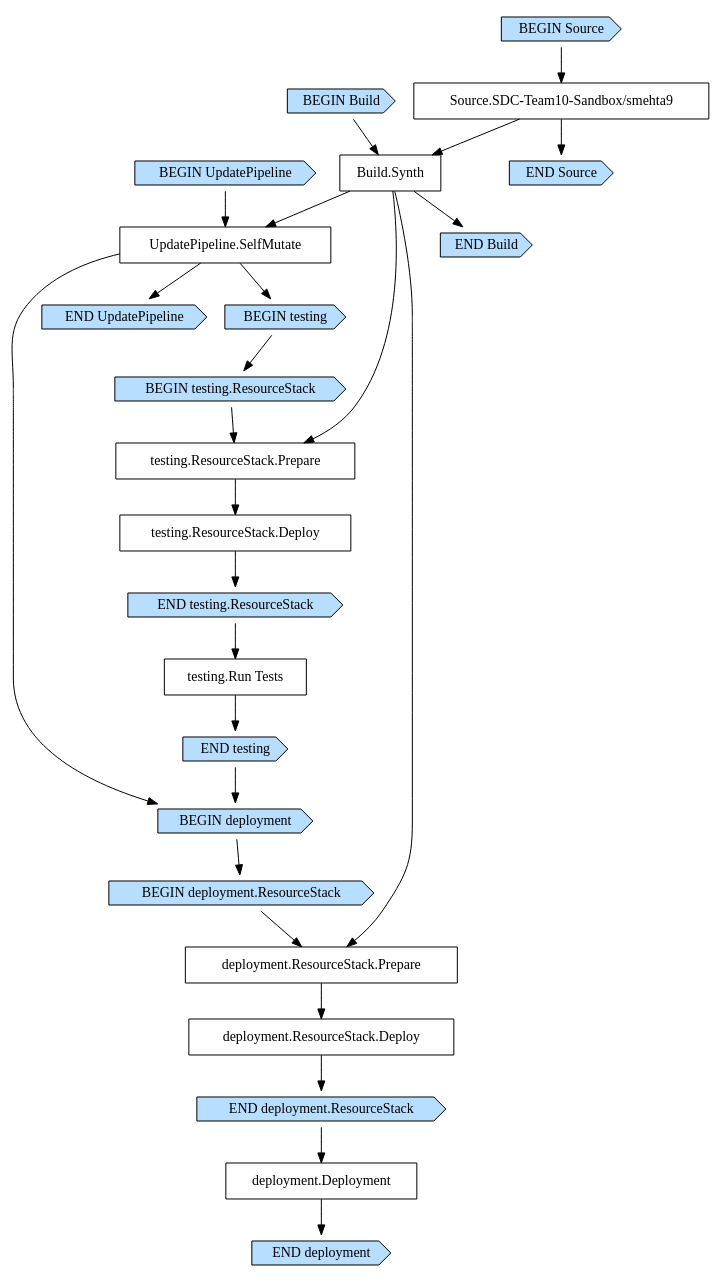
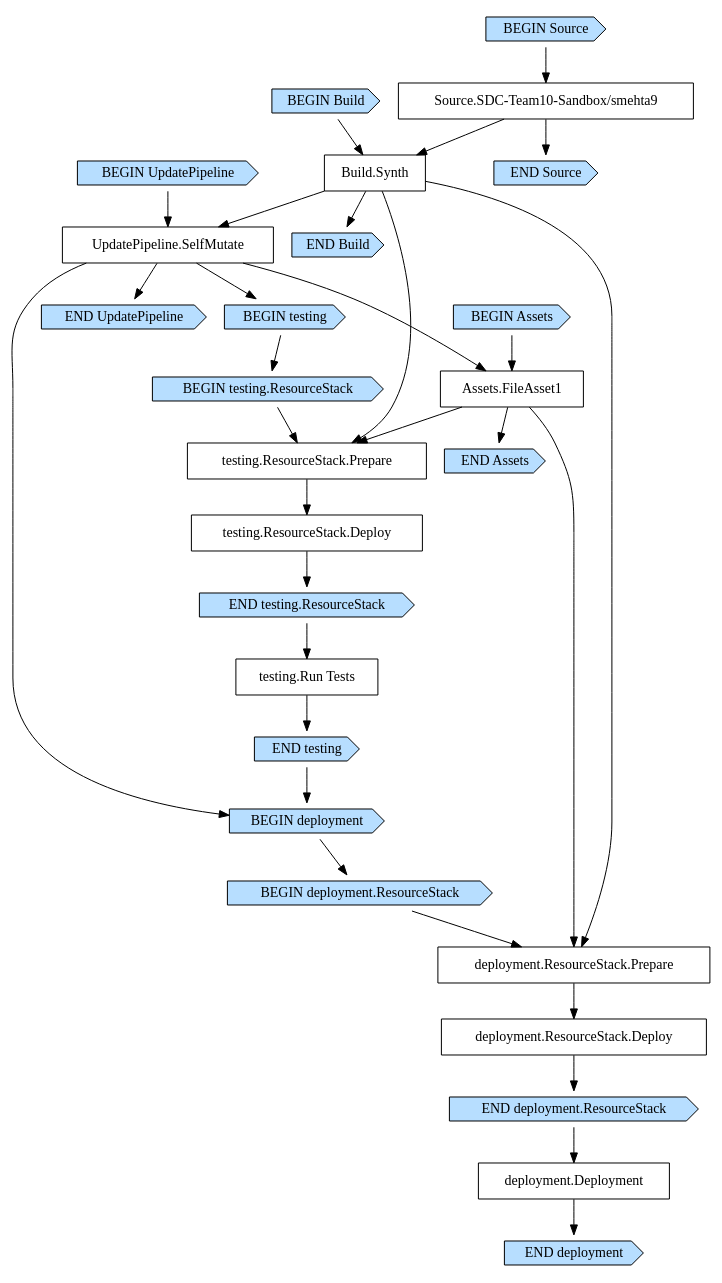
The diagram in cdk.out/PipelineStackPipeline9DB740AF.dot (SDC-Team10-Sandbox/smehta9), drawn with Graphviz before and after one commit. The commit also changed 15 other files, not shown here.

```diff
--- a/cdk.out/PipelineStackPipeline9DB740AF.dot
+++ b/cdk.out/PipelineStackPipeline9DB740AF.dot
@@ -1,55 +1,63 @@
 digraph G {
   # Arrows represent an "unlocks" relationship (opposite of dependency). So chosen
   # because the layout looks more natural that way.
   # To represent subgraph dependencies, subgraphs are represented by BEGIN/END nodes.
   # To render: `dot -Tsvg PipelineStackPipeline9DB740AF.dot > graph.svg`, open in a browser.
   node [shape="box"];
 "BEGIN Build" [shape="cds", style="filled", fillcolor="#b7deff"];
 "END Build" [shape="cds", style="filled", fillcolor="#b7deff"];
 "Build.Synth";
 "Source.SDC-Team10-Sandbox/smehta9" -> "Build.Synth";
 "BEGIN Build" -> "Build.Synth";
 "Build.Synth" -> "END Build";
 "BEGIN UpdatePipeline" [shape="cds", style="filled", fillcolor="#b7deff"];
 "END UpdatePipeline" [shape="cds", style="filled", fillcolor="#b7deff"];
 "UpdatePipeline.SelfMutate";
 "Build.Synth" -> "UpdatePipeline.SelfMutate";
 "BEGIN UpdatePipeline" -> "UpdatePipeline.SelfMutate";
 "UpdatePipeline.SelfMutate" -> "END UpdatePipeline";
+"BEGIN Assets" [shape="cds", style="filled", fillcolor="#b7deff"];
+"END Assets" [shape="cds", style="filled", fillcolor="#b7deff"];
+"Assets.FileAsset1";
+"UpdatePipeline.SelfMutate" -> "Assets.FileAsset1";
+"BEGIN Assets" -> "Assets.FileAsset1";
+"Assets.FileAsset1" -> "END Assets";
 "BEGIN testing" [shape="cds", style="filled", fillcolor="#b7deff"];
 "END testing" [shape="cds", style="filled", fillcolor="#b7deff"];
 "UpdatePipeline.SelfMutate" -> "BEGIN testing";
 "BEGIN testing.ResourceStack" [shape="cds", style="filled", fillcolor="#b7deff"];
 "END testing.ResourceStack" [shape="cds", style="filled", fillcolor="#b7deff"];
 "testing.ResourceStack.Deploy";
 "testing.ResourceStack.Prepare" -> "testing.ResourceStack.Deploy";
 "testing.ResourceStack.Prepare";
 "Build.Synth" -> "testing.ResourceStack.Prepare";
+"Assets.FileAsset1" -> "testing.ResourceStack.Prepare";
 "BEGIN testing.ResourceStack" -> "testing.ResourceStack.Prepare";
 "testing.ResourceStack.Deploy" -> "END testing.ResourceStack";
 "testing.Run Tests";
 "END testing.ResourceStack" -> "testing.Run Tests";
 "BEGIN testing" -> "BEGIN testing.ResourceStack";
 "testing.Run Tests" -> "END testing";
 "BEGIN deployment" [shape="cds", style="filled", fillcolor="#b7deff"];
 "END deployment" [shape="cds", style="filled", fillcolor="#b7deff"];
 "UpdatePipeline.SelfMutate" -> "BEGIN deployment";
 "END testing" -> "BEGIN deployment";
 "BEGIN deployment.ResourceStack" [shape="cds", style="filled", fillcolor="#b7deff"];
 "END deployment.ResourceStack" [shape="cds", style="filled", fillcolor="#b7deff"];
 "deployment.ResourceStack.Deploy";
 "deployment.ResourceStack.Prepare" -> "deployment.ResourceStack.Deploy";
 "deployment.ResourceStack.Prepare";
 "Build.Synth" -> "deployment.ResourceStack.Prepare";
+"Assets.FileAsset1" -> "deployment.ResourceStack.Prepare";
 "BEGIN deployment.ResourceStack" -> "deployment.ResourceStack.Prepare";
 "deployment.ResourceStack.Deploy" -> "END deployment.ResourceStack";
 "deployment.Deployment";
 "END deployment.ResourceStack" -> "deployment.Deployment";
 "BEGIN deployment" -> "BEGIN deployment.ResourceStack";
 "deployment.Deployment" -> "END deployment";
 "BEGIN Source" [shape="cds", style="filled", fillcolor="#b7deff"];
 "END Source" [shape="cds", style="filled", fillcolor="#b7deff"];
 "Source.SDC-Team10-Sandbox/smehta9";
 "BEGIN Source" -> "Source.SDC-Team10-Sandbox/smehta9";
 "Source.SDC-Team10-Sandbox/smehta9" -> "END Source";
 }
```
